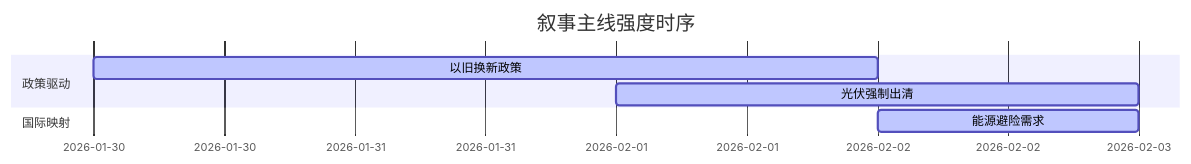
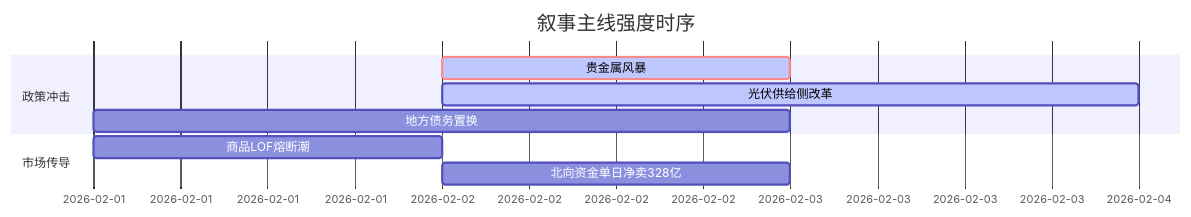
Before and after one commit to uu5zn/uu5zn.github.io: the diagram in 5day_report.md, drawn with Mermaid. The commit also changed other lines of this file and 24 other files, not shown here.

````diff
--- a/5day_report.md
+++ b/5day_report.md
@@ -55,10 +54,13 @@
 ```mermaid
 gantt
     title 叙事主线强度时序
     dateFormat  YYYY-MM-DD
-    section 政策驱动
-    以旧换新政策    :active, 2026-01-30, 3d
-    光伏强制出清    :active, 2026-02-01, 2d
-    section 国际映射
-    能源避险需求   :active, 2026-02-02, 1d
+    section 政策冲击
+    贵金属风暴   :crit, active, 2026-02-02, 1d
+    光伏供给侧改革   :active, 2026-02-02, 2d
+    地方债务置换   :2026-02-01, 2d
+    
+    section 市场传导
+    商品LOF熔断潮   :2026-02-01, 1d
+    北向资金单日净卖328亿 :2026-02-02, 1d
 ```
````
